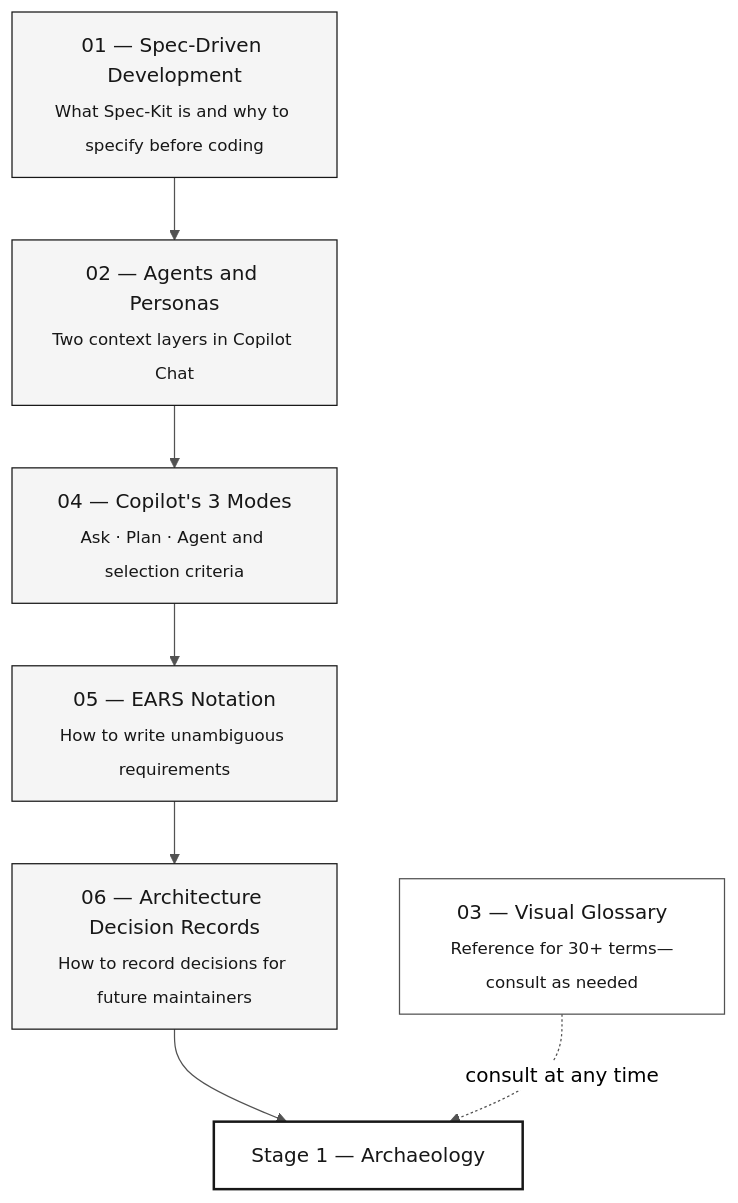
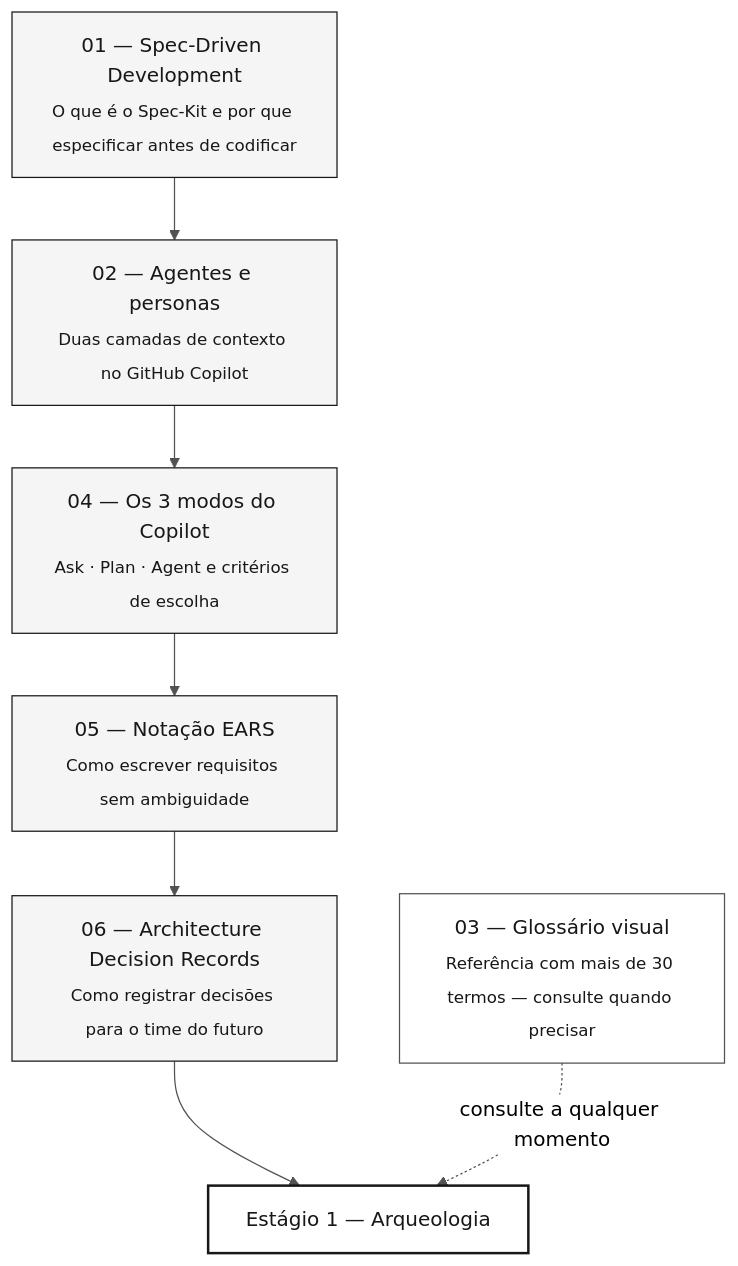
Before and after one commit to serpro-workshop-floripa/sifap-workshop-paula-00: the diagram in 07-concepts/00-README.md, drawn with Mermaid. The commit also changed other lines of this file and 19 other files, not shown here.

````diff
--- a/07-concepts/00-README.md
+++ b/07-concepts/00-README.md
@@ -33,18 +32,18 @@
 ```mermaid
 %%{init: {'theme':'neutral','themeVariables':{'fontFamily':'ui-sans-serif, system-ui, sans-serif','primaryColor':'#F5F5F5','primaryTextColor':'#171717','primaryBorderColor':'#171717','lineColor':'#525252','secondaryColor':'#FFFFFF','tertiaryColor':'#FAFAFA','background':'#FFFFFF'}}}%%
 flowchart TD
     classDef step fill:#F5F5F5,stroke:#171717,color:#171717
     classDef tool fill:#FFFFFF,stroke:#525252,color:#171717
     classDef result fill:#FFFFFF,stroke:#171717,color:#171717,stroke-width:2px
 
-    A["01 — Spec-Driven Development<br/><sub>What Spec-Kit is and why to specify before coding</sub>"]:::step
-    B["02 — Agents and Personas<br/><sub>Two context layers in Copilot Chat</sub>"]:::step
-    C["04 — Copilot's 3 Modes<br/><sub>Ask · Plan · Agent and selection criteria</sub>"]:::step
-    D["03 — Visual Glossary<br/><sub>Reference for 30+ terms—consult as needed</sub>"]:::tool
-    E["05 — EARS Notation<br/><sub>How to write unambiguous requirements</sub>"]:::step
-    F["06 — Architecture Decision Records<br/><sub>How to record decisions for future maintainers</sub>"]:::step
-    G["Stage 1 — Archaeology"]:::result
+    A["01 — Spec-Driven Development<br/><sub>O que é o Spec-Kit e por que especificar antes de codificar</sub>"]:::step
+    B["02 — Agentes e personas<br/><sub>Duas camadas de contexto no GitHub Copilot</sub>"]:::step
+    C["04 — Os 3 modos do Copilot<br/><sub>Ask · Plan · Agent e critérios de escolha</sub>"]:::step
+    D["03 — Glossário visual<br/><sub>Referência com mais de 30 termos — consulte quando precisar</sub>"]:::tool
+    E["05 — Notação EARS<br/><sub>Como escrever requisitos sem ambiguidade</sub>"]:::step
+    F["06 — Architecture Decision Records<br/><sub>Como registrar decisões para o time do futuro</sub>"]:::step
+    G["Estágio 1 — Arqueologia"]:::result
 
     A --> B --> C --> E --> F --> G
-    D -. "consult at any time" .-> G
+    D -. "consulte a qualquer momento" .-> G
 ```
````
